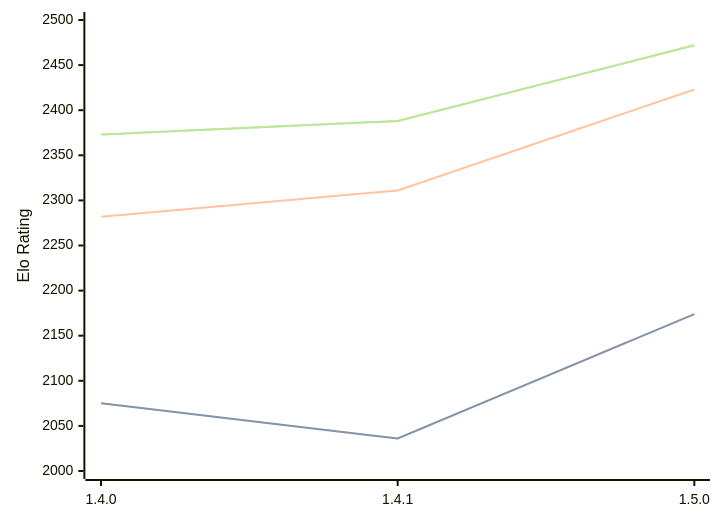
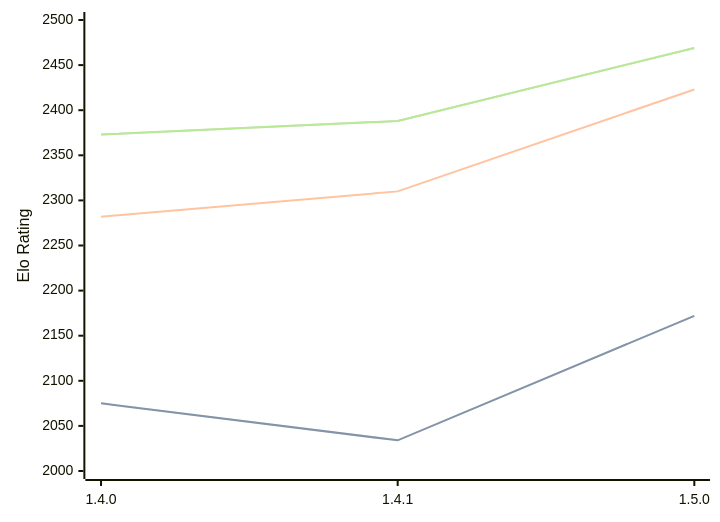
Before and after one commit to computer-chess-index/cci: the diagram in engines/Tofiks.md, drawn with Mermaid. The commit also changed other lines of this file, not shown here.

Commit message:
Update CCI Ratings (ELO VLTC) - 2026-08-02

````diff
--- a/engines/Tofiks.md
+++ b/engines/Tofiks.md
@@ -37,11 +37,11 @@
 ```mermaid
 %%{init: {"theme":"base","themeVariables":{"seriesColors:['#a3a3a3','#222221','#faa371']}}}%%
 xychart-beta
   x-axis ["1.4.0", "1.4.1", "1.5.0"]
   y-axis "Elo Rating" 2000 --> 2500
-  line "STC (8.0+0.08s)" [2075, 2036, 2174]
-  line "STC (8.0+0.08s)" [2075, 2036, 2174]
-  line "LTC (60.0+0.60s)" [2282, 2311, 2423]
-  line "VLTC (2m24s+1.12s)" [2373, 2388, 2472]
-  line "VLTC (2m24s+1.12s)" [2373, 2388, 2472]
+  line "STC (8.0+0.08s)" [2075, 2034, 2172]
+  line "STC (8.0+0.08s)" [2075, 2034, 2172]
+  line "LTC (60.0+0.60s)" [2282, 2310, 2423]
+  line "VLTC (2m24s+1.12s)" [2373, 2388, 2469]
+  line "VLTC (2m24s+1.12s)" [2373, 2388, 2469]
 ```
````
